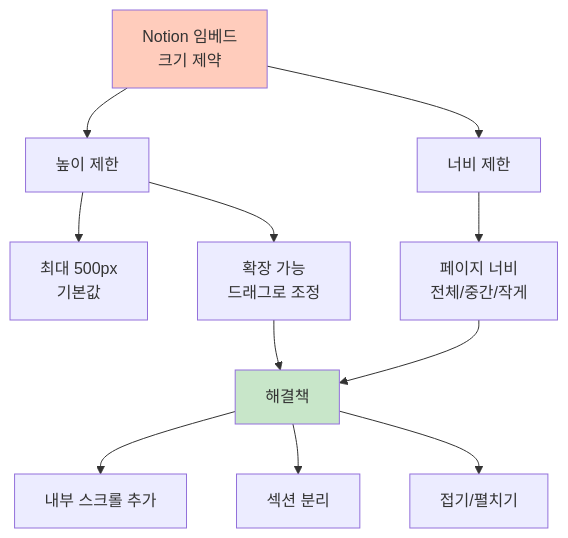
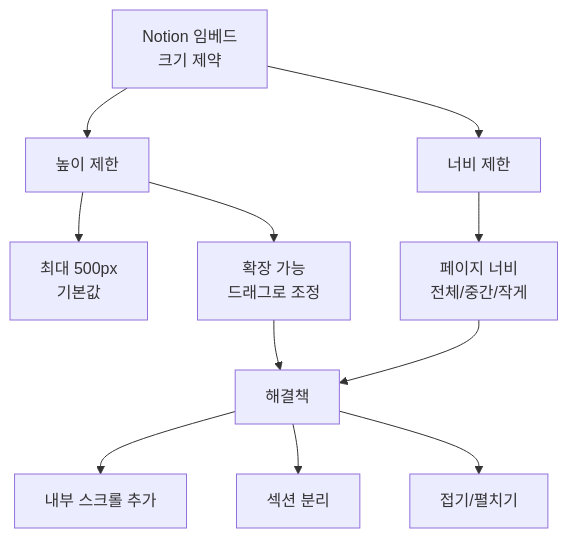
One commit to nugurejeil/weniVooks changed the fifth of 6 diagrams in _md/genai-notion/chapter09/09-4.md. Above: the diagram before and after it, drawn with Mermaid. The commit also changed other lines of this file and 187 other files, not shown here.

````diff
--- a/_md/genai-notion/chapter09/09-4.md
+++ b/_md/genai-notion/chapter09/09-4.md
@@ -586,20 +576,17 @@
 ```mermaid
 graph TD
     A[Notion 임베드<br/>크기 제약] --> B[높이 제한]
     A --> C[너비 제한]
 
     B --> B1[최대 500px<br/>기본값]
     B --> B2[확장 가능<br/>드래그로 조정]
 
     C --> C1[페이지 너비<br/>전체/중간/작게]
 
     B2 --> D[해결책]
     C1 --> D
 
     D --> D1[내부 스크롤 추가]
     D --> D2[섹션 분리]
     D --> D3[접기/펼치기]
-
-    style A fill:#FFCCBC
-    style D fill:#C8E6C9
 ```
````
